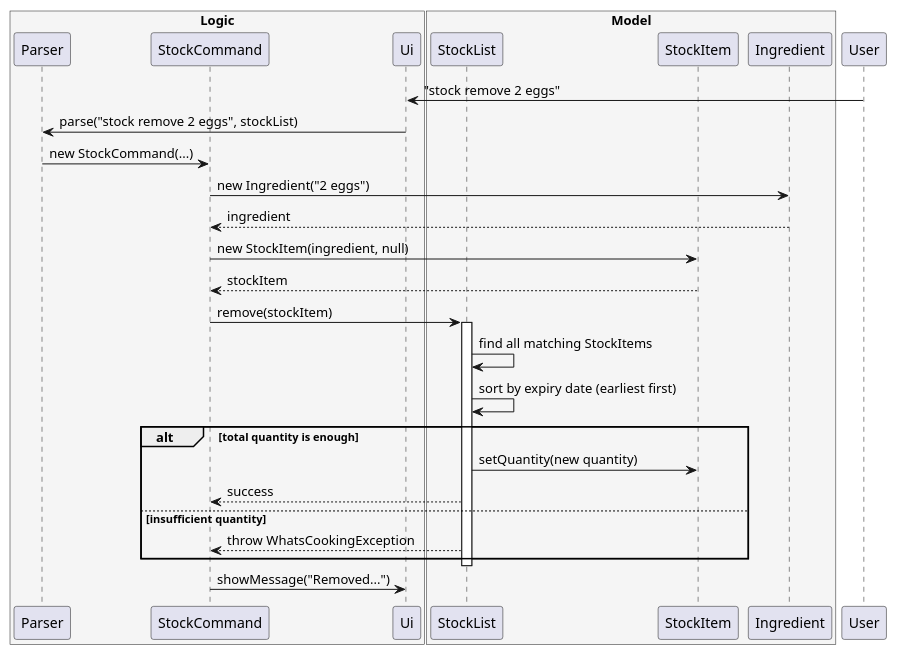
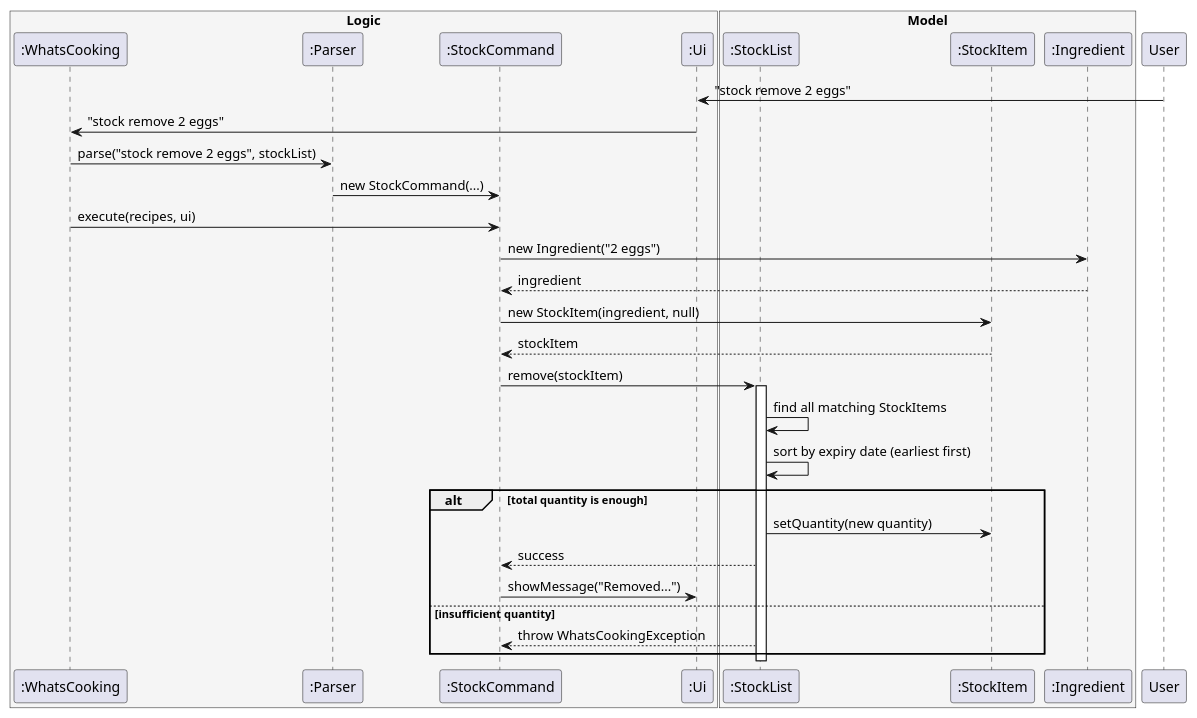
Before and after one commit to AY2627S1-CS2113-W14-3/tp: the diagram in docs/diagrams/stock-remove.puml, drawn with PlantUML. The commit also changed 2 other files, not shown here.

Commit message:
Fix DG Diagram and Draft Project Portfolio Page

```diff
--- a/docs/diagrams/stock-remove.puml
+++ b/docs/diagrams/stock-remove.puml
@@ -1,38 +1,41 @@
 @startuml
 
 box "Logic" #F5F5F5
-participant "Parser" as Parser
-participant "StockCommand" as StockCmd
-participant "Ui" as Ui
+participant ":WhatsCooking" as Main
+participant ":Parser" as Parser
+participant ":StockCommand" as StockCmd
+participant ":Ui" as Ui
 end box
 
 box "Model" #F5F5F5
-participant "StockList" as Stock
-participant "StockItem" as Item
-participant "Ingredient" as Ing
+participant ":StockList" as Stock
+participant ":StockItem" as Item
+participant ":Ingredient" as Ing
 end box
 
 User -> Ui : "stock remove 2 eggs"
-Ui -> Parser : parse("stock remove 2 eggs", stockList)
+Ui -> Main : "stock remove 2 eggs"
+Main -> Parser : parse("stock remove 2 eggs", stockList)
 Parser -> StockCmd : new StockCommand(...)
+Main -> StockCmd : execute(recipes, ui)
+
 StockCmd -> Ing : new Ingredient("2 eggs")
 Ing --> StockCmd : ingredient
 StockCmd -> Item : new StockItem(ingredient, null)
 Item --> StockCmd : stockItem
 
 StockCmd -> Stock : remove(stockItem)
 
 activate Stock
 Stock -> Stock : find all matching StockItems
 Stock -> Stock : sort by expiry date (earliest first)
 alt total quantity is enough
     Stock -> Item : setQuantity(new quantity)
     Stock --> StockCmd : success
+    StockCmd -> Ui : showMessage("Removed...")
 else insufficient quantity
     Stock --> StockCmd : throw WhatsCookingException
 end
 deactivate Stock
 
-StockCmd -> Ui : showMessage("Removed...")
-
 @enduml
```
